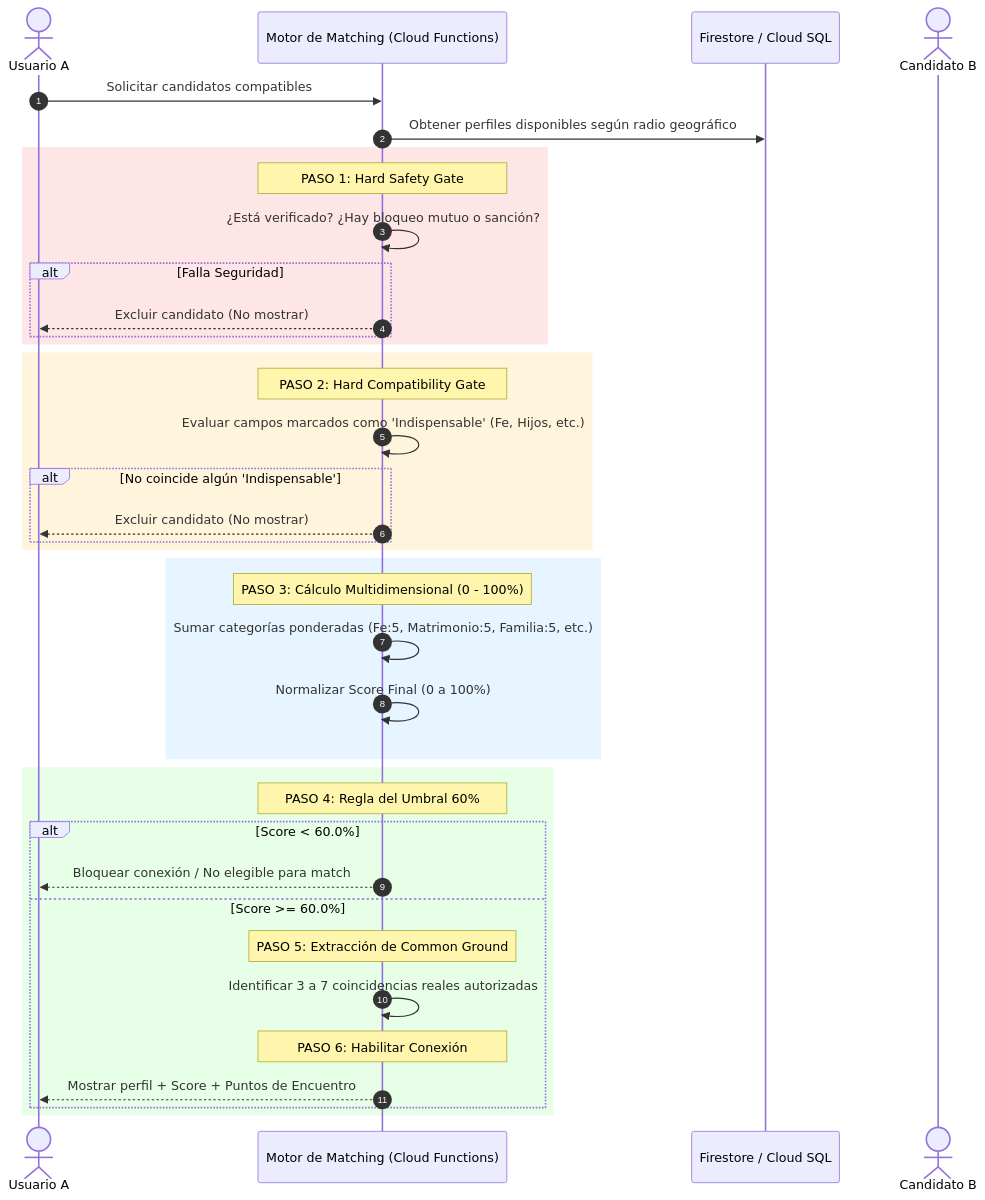
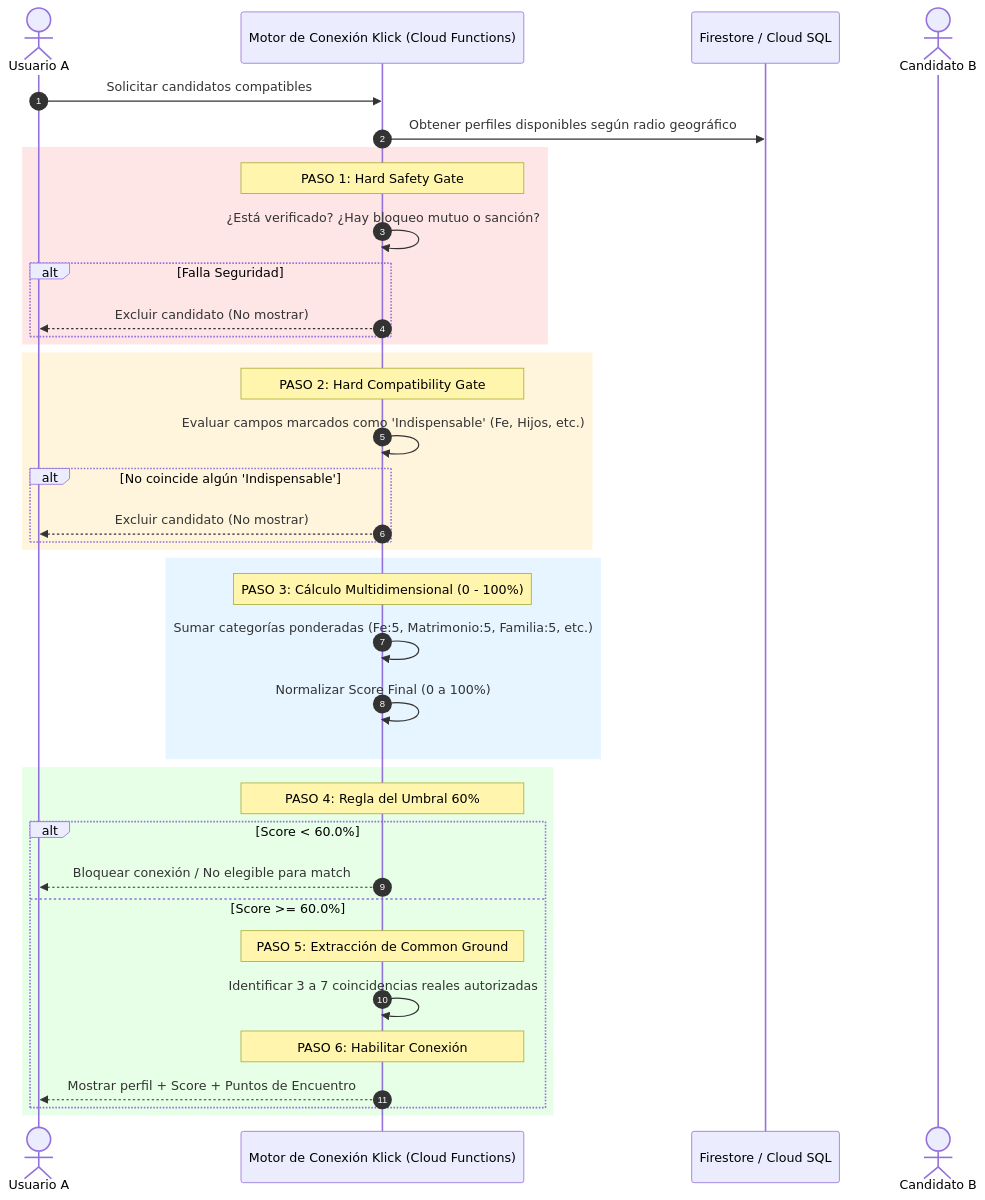
The second of 5 diagrams in docs/03_DIAGRAMA_DE_FUNCIONES_Y_ARQUITECTURA.md (klick-dating-app/klick-land), drawn with Mermaid before and after one commit. The commit also changed other lines of this file and 35 other files, not shown here.

Commit message:
feat(branding): replace generic matching copy with Klick branding, update logo assets and verified clean build

````diff
--- a/docs/03_DIAGRAMA_DE_FUNCIONES_Y_ARQUITECTURA.md
+++ b/docs/03_DIAGRAMA_DE_FUNCIONES_Y_ARQUITECTURA.md
@@ -67,45 +67,45 @@
 ```mermaid
 sequenceDiagram
     autonumber
     actor UsuarioA as Usuario A
-    participant Engine as Motor de Matching (Cloud Functions)
+    participant Engine as Motor de Conexión Klick (Cloud Functions)
     participant DB as Firestore / Cloud SQL
     actor UsuarioB as Candidato B
 
     UsuarioA->>Engine: Solicitar candidatos compatibles
     Engine->>DB: Obtener perfiles disponibles según radio geográfico
     
     rect rgb(255, 230, 230)
         Note over Engine: PASO 1: Hard Safety Gate
         Engine->>Engine: ¿Está verificado? ¿Hay bloqueo mutuo o sanción?
         alt Falla Seguridad
             Engine-->>UsuarioA: Excluir candidato (No mostrar)
         end
     end
 
     rect rgb(255, 245, 220)
         Note over Engine: PASO 2: Hard Compatibility Gate
         Engine->>Engine: Evaluar campos marcados como 'Indispensable' (Fe, Hijos, etc.)
         alt No coincide algún 'Indispensable'
             Engine-->>UsuarioA: Excluir candidato (No mostrar)
         end
     end
 
     rect rgb(230, 245, 255)
         Note over Engine: PASO 3: Cálculo Multidimensional (0 - 100%)
         Engine->>Engine: Sumar categorías ponderadas (Fe:5, Matrimonio:5, Familia:5, etc.)
         Engine->>Engine: Normalizar Score Final (0 a 100%)
     end
 
     rect rgb(230, 255, 230)
         Note over Engine: PASO 4: Regla del Umbral 60%
         alt Score < 60.0%
             Engine-->>UsuarioA: Bloquear conexión / No elegible para match
         else Score >= 60.0%
             Note over Engine: PASO 5: Extracción de Common Ground
             Engine->>Engine: Identificar 3 a 7 coincidencias reales autorizadas
             Note over Engine: PASO 6: Habilitar Conexión
             Engine-->>UsuarioA: Mostrar perfil + Score + Puntos de Encuentro
         end
     end
 ```
````
